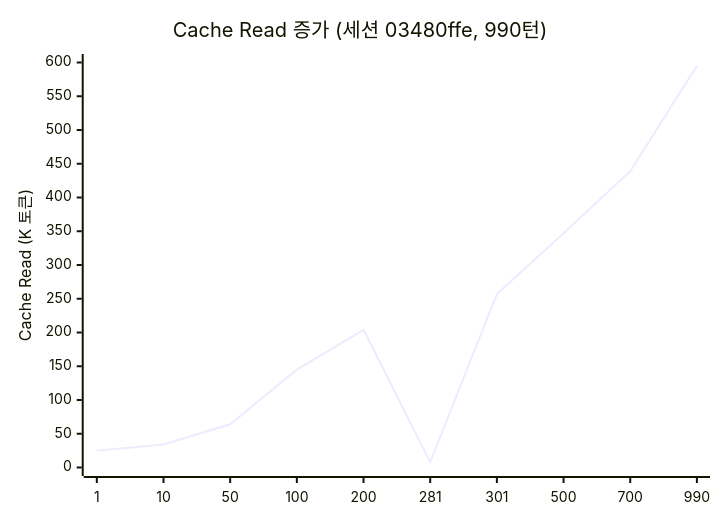
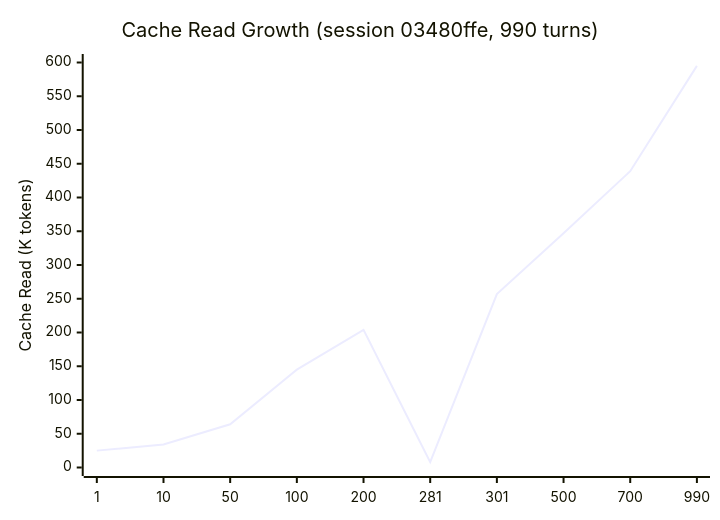
Before and after one commit to ArkNill/claude-code-hidden-problem-analysis: the third of 3 diagrams in ko/03_JSONL-ANALYSIS.md, drawn with Mermaid. The commit also changed other lines of this file and 17 other files, not shown here.

````diff
--- a/ko/03_JSONL-ANALYSIS.md
+++ b/ko/03_JSONL-ANALYSIS.md
@@ -232,7 +228,7 @@
 ```mermaid
 xychart-beta
-    title "Cache Read 증가 (세션 03480ffe, 990턴)"
+    title "Cache Read Growth (session 03480ffe, 990 turns)"
     x-axis ["1","10","50","100","200","281","301","500","700","990"]
-    y-axis "Cache Read (K 토큰)" 0 --> 600
+    y-axis "Cache Read (K tokens)" 0 --> 600
     line [25,34,64,145,204,8,257,347,439,595]
 ```
````
